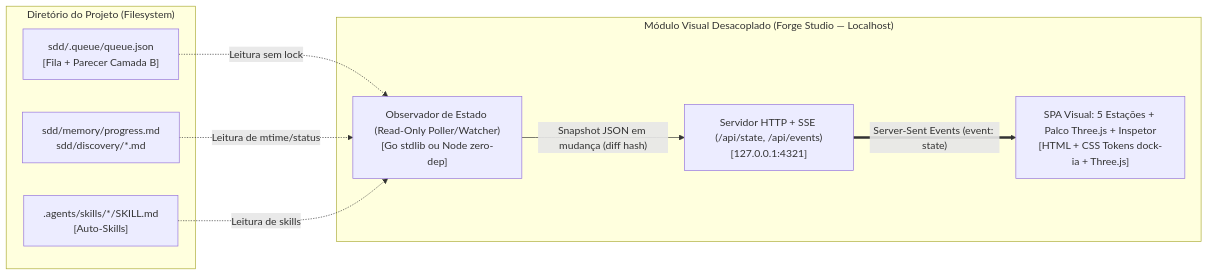
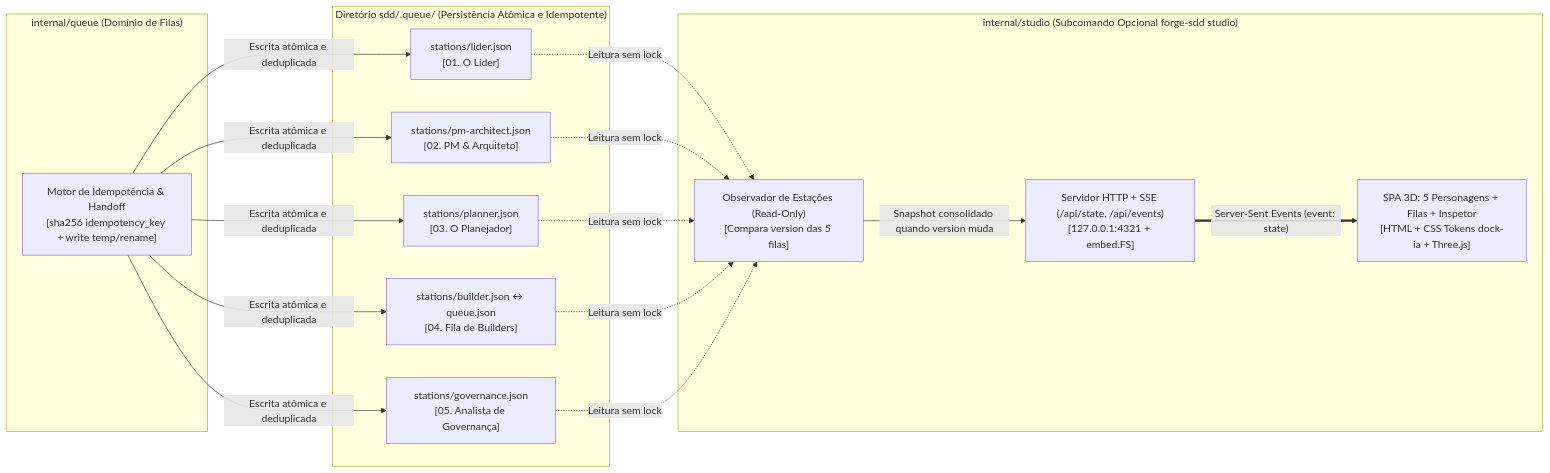
One commit to nathanramorim/forge-sdd changed the second of 3 diagrams in sdd/discovery/criteria-59-modulo-visual-estacoes-personagens.md. Above: the diagram before and after it, drawn with Mermaid. The commit also changed other lines of this file and 3 other files, not shown here.

Commit message:
docs(discovery-59): consolidar filas dedicadas por estação com idempotência e plano técnico do forge-sdd studio

````diff
--- a/sdd/discovery/criteria-59-modulo-visual-estacoes-personagens.md
+++ b/sdd/discovery/criteria-59-modulo-visual-estacoes-personagens.md
@@ -51,20 +49,25 @@
 ```mermaid
 graph LR
-    subgraph repo[" Diretório do Projeto (Filesystem)"]
-        qjson["sdd/.queue/queue.json<br/>[Fila + Parecer Camada B]"]
-        prog["sdd/memory/progress.md<br/>sdd/discovery/*.md"]
-        skdir[".agents/skills/*/SKILL.md<br/>[Auto-Skills]"]
+    subgraph fs[" Diretório sdd/.queue/ (Persistência Atômica e Idempotente)"]
+        q1["stations/lider.json<br/>[01. O Líder]"]
+        q2["stations/pm-architect.json<br/>[02. PM & Arquiteto]"]
+        q3["stations/planner.json<br/>[03. O Planejador]"]
+        q4["stations/builder.json ↔ queue.json<br/>[04. Fila de Builders]"]
+        q5["stations/governance.json<br/>[05. Analista de Governança]"]
     end
 
-    subgraph sidecar["Módulo Visual Desacoplado (Forge Studio — Localhost)"]
-        watcher["Observador de Estado (Read-Only Poller/Watcher)<br/>[Go stdlib ou Node zero-dep]"]
-        sse["Servidor HTTP + SSE (/api/state, /api/events)<br/>[127.0.0.1:4321]"]
-        spa["SPA Visual: 5 Estações + Palco Three.js + Inspetor<br/>[HTML + CSS Tokens dock-ia + Three.js]"]
+    subgraph cli_pkg["internal/queue (Domínio de Filas)"]
+        idem["Motor de Idempotência & Handoff<br/>[sha256 idempotency_key + write temp/rename]"]
     end
 
-    qjson -.->|"Leitura sem lock"| watcher
-    prog -.->|"Leitura de mtime/status"| watcher
-    skdir -.->|"Leitura de skills"| watcher
-    watcher -->|"Snapshot JSON em mudança (diff hash)"| sse
+    subgraph sidecar["internal/studio (Subcomando Opcional forge-sdd studio)"]
+        watcher["Observador de Estações (Read-Only)<br/>[Compara version das 5 filas]"]
+        sse["Servidor HTTP + SSE (/api/state, /api/events)<br/>[127.0.0.1:4321 + embed.FS]"]
+        spa["SPA 3D: 5 Personagens + Filas + Inspetor<br/>[HTML + CSS Tokens dock-ia + Three.js]"]
+    end
+
+    idem -->|"Escrita atômica e deduplicada"| q1 & q2 & q3 & q4 & q5
+    q1 & q2 & q3 & q4 & q5 -.->|"Leitura sem lock"| watcher
+    watcher -->|"Snapshot consolidado quando version muda"| sse
     sse ==>|"Server-Sent Events (event: state)"| spa
 ```
````
